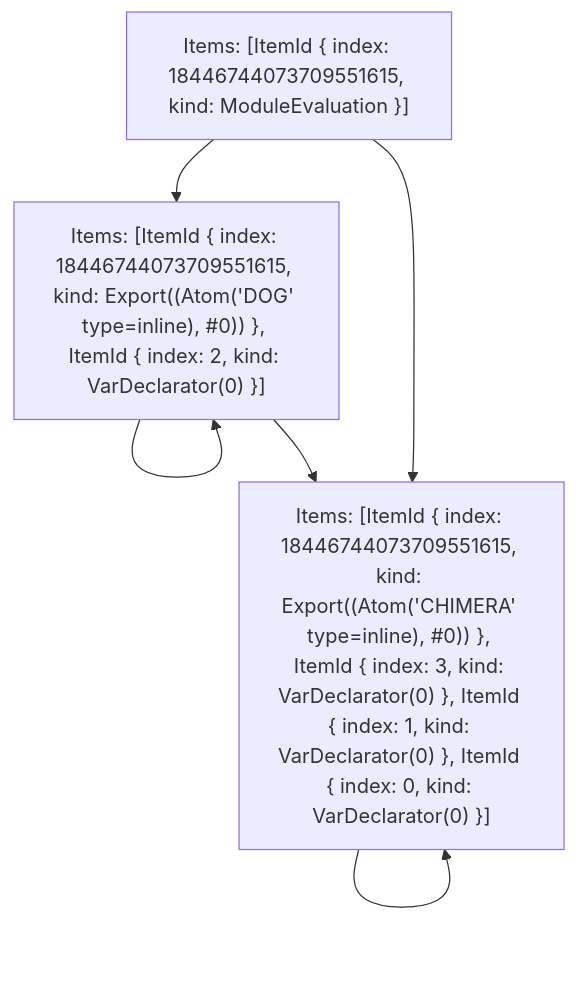
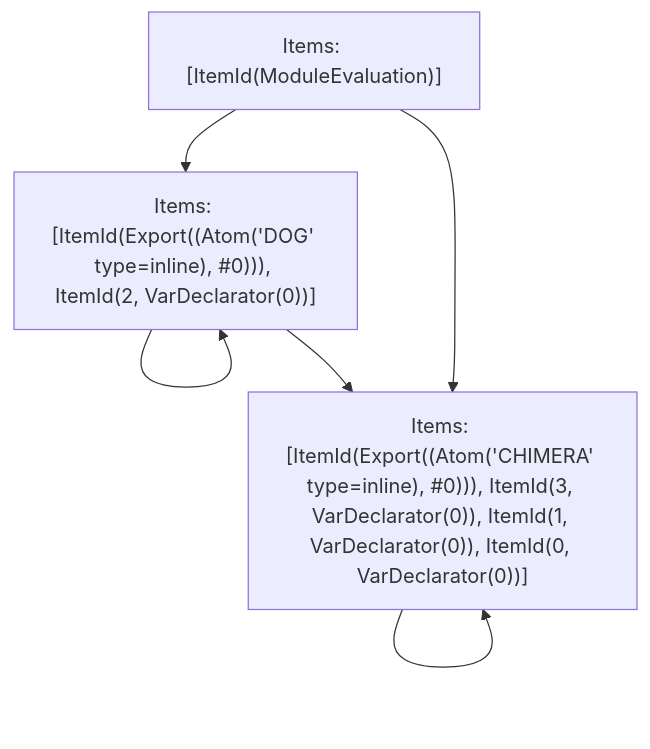
One commit to vercel/turborepo changed the fifth of 5 diagrams in crates/turbopack-ecmascript/tests/tree-shaker/analyzer/simple/output.md. Above: the diagram before and after it, drawn with Mermaid. The commit also changed 2 other files, not shown here.

Commit message:
Update test refs

````diff
--- a/crates/turbopack-ecmascript/tests/tree-shaker/analyzer/simple/output.md
+++ b/crates/turbopack-ecmascript/tests/tree-shaker/analyzer/simple/output.md
@@ -124,11 +124,11 @@
 ```mermaid
 graph TD
-    N0["Items: [ItemId { index: 18446744073709551615, kind: ModuleEvaluation }]"];
-    N1["Items: [ItemId { index: 18446744073709551615, kind: Export((Atom('DOG' type=inline), #0)) }, ItemId { index: 2, kind: VarDeclarator(0) }]"];
-    N2["Items: [ItemId { index: 18446744073709551615, kind: Export((Atom('CHIMERA' type=inline), #0)) }, ItemId { index: 3, kind: VarDeclarator(0) }, ItemId { index: 1, kind: VarDeclarator(0) }, ItemId { index: 0, kind: VarDeclarator(0) }]"];
+    N0["Items: [ItemId(ModuleEvaluation)]"];
+    N1["Items: [ItemId(Export((Atom('DOG' type=inline), #0))), ItemId(2, VarDeclarator(0))]"];
+    N2["Items: [ItemId(Export((Atom('CHIMERA' type=inline), #0))), ItemId(3, VarDeclarator(0)), ItemId(1, VarDeclarator(0)), ItemId(0, VarDeclarator(0))]"];
     N0 --> N2;
     N0 --> N1;
     N1 --> N1;
     N1 --> N2;
     N2 --> N2;
 ```
````
